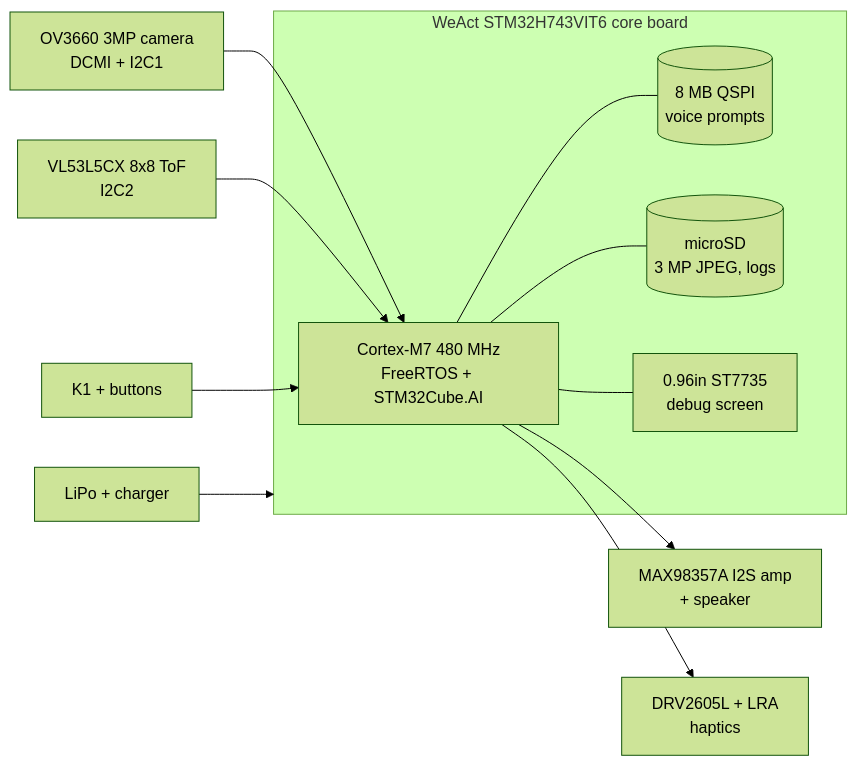
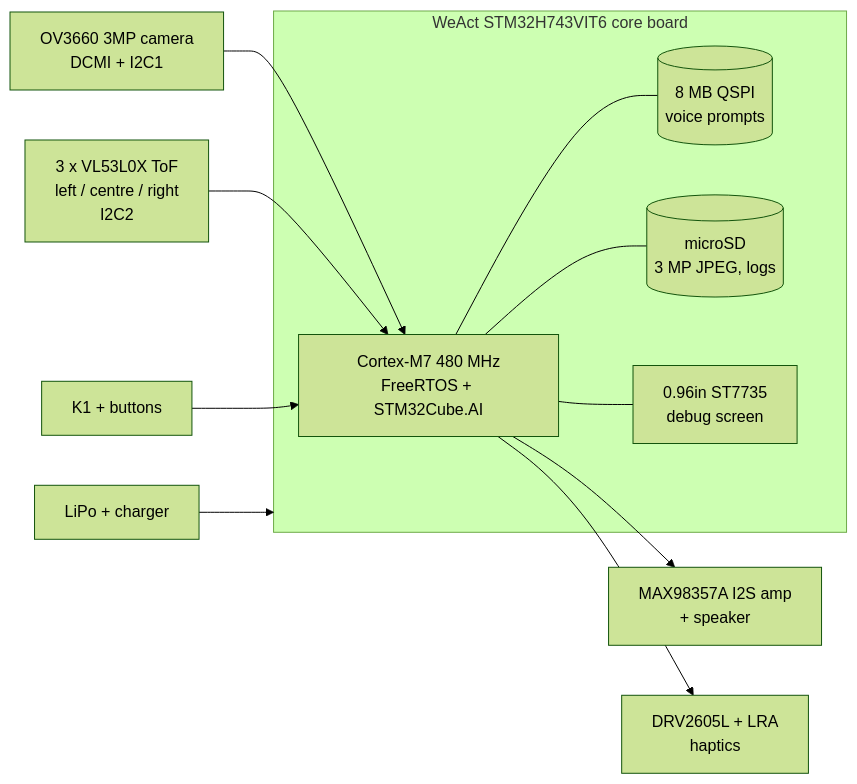
Before and after one commit to MehediEEE45/Vision-AI-Assist-STM32H7: the diagram in README.md, drawn with Mermaid (forest theme). The commit also changed other lines of this file and 3 other files, not shown here.

````diff
--- a/README.md
+++ b/README.md
@@ -32,18 +32,18 @@
 ```mermaid
 flowchart LR
   CAM[OV3660 3MP camera<br/>DCMI + I2C1] --> MCU
-  TOF[VL53L5CX 8x8 ToF<br/>I2C2] --> MCU
+  TOF[3 x VL53L0X ToF<br/>left / centre / right<br/>I2C2] --> MCU
   BTN[K1 + buttons] --> MCU
   subgraph BOARD[WeAct STM32H743VIT6 core board]
     MCU[Cortex-M7 480 MHz<br/>FreeRTOS + STM32Cube.AI]
     QSPI[(8 MB QSPI<br/>voice prompts)]
     SD[(microSD<br/>3 MP JPEG, logs)]
     LCD[0.96in ST7735<br/>debug screen]
     MCU --- QSPI
     MCU --- SD
     MCU --- LCD
   end
   MCU --> AUD[MAX98357A I2S amp<br/>+ speaker]
   MCU --> HAP[DRV2605L + LRA<br/>haptics]
   PWR[LiPo + charger] --> BOARD
 ```
````
